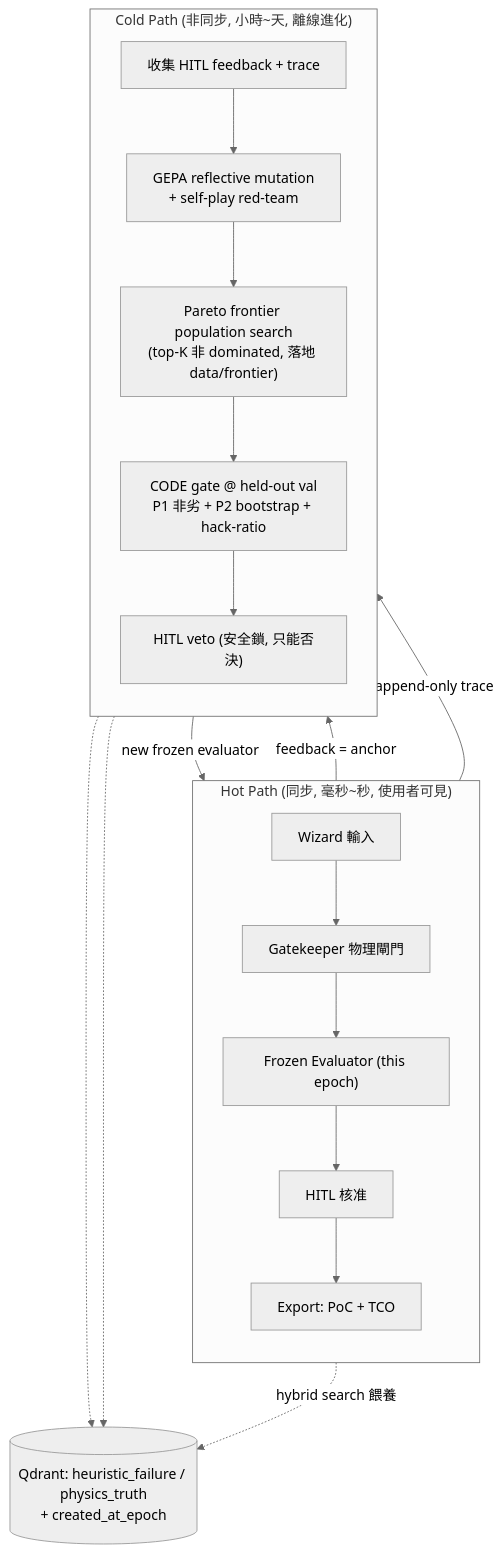
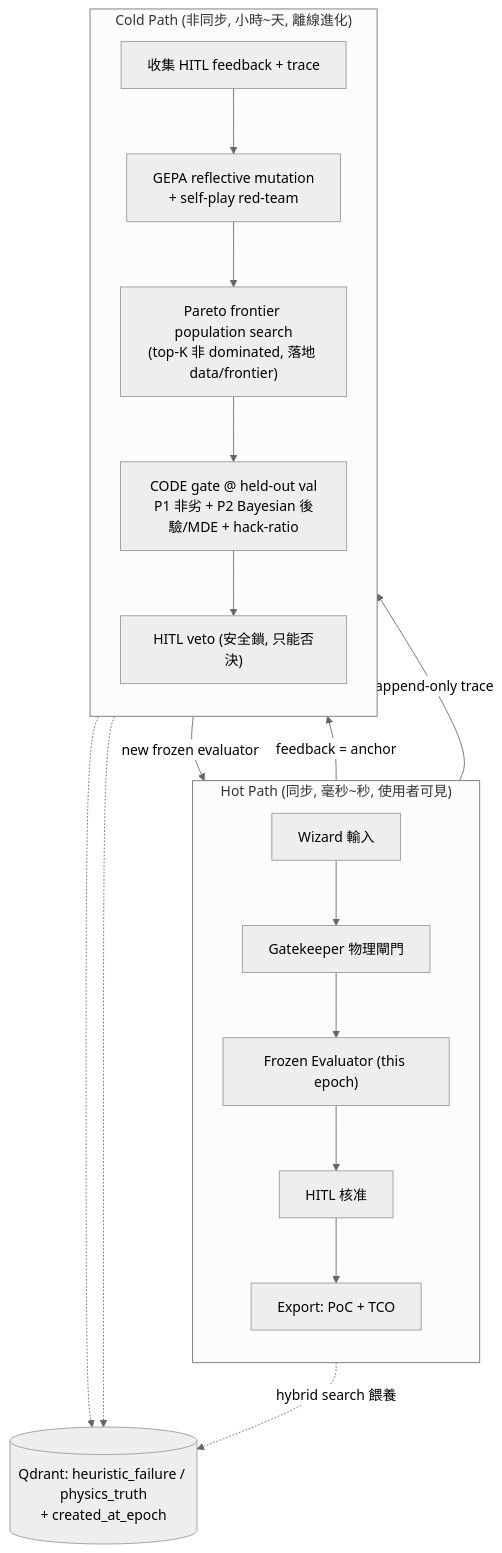
The second of 5 diagrams in docs/01-orchestration.md (iiyyll01lin/yy-rqgm), drawn with Mermaid (neutral theme) before and after one commit. The commit also changed other lines of this file and 6 other files, not shown here.

First line of the commit message:
docs: reconcile gate/report contract (Bayesian P2, 4-split, monitors)

````diff
--- a/docs/01-orchestration.md
+++ b/docs/01-orchestration.md
@@ -180,24 +180,24 @@
 ```mermaid
 flowchart TD
     subgraph HOT["Hot Path (同步, 毫秒~秒, 使用者可見)"]
         direction TB
         H1["Wizard 輸入"] --> H2["Gatekeeper 物理閘門"]
         H2 --> H3["Frozen Evaluator (this epoch)"]
         H3 --> H4["HITL 核准"]
         H4 --> H5["Export: PoC + TCO"]
     end
     subgraph COLD["Cold Path (非同步, 小時~天, 離線進化)"]
         direction TB
         C1["收集 HITL feedback + trace"] --> C2["GEPA reflective mutation<br/>+ self-play red-team"]
         C2 --> C3["Pareto frontier population search<br/>(top-K 非 dominated, 落地 data/frontier)"]
-        C3 --> C4["CODE gate @ held-out val<br/>P1 非劣 + P2 bootstrap + hack-ratio"]
+        C3 --> C4["CODE gate @ held-out val<br/>P1 非劣 + P2 Bayesian 後驗/MDE + hack-ratio"]
         C4 --> C5["HITL veto (安全鎖, 只能否決)"]
     end
     H4 -->|"feedback = anchor"| C1
     H5 -->|"append-only trace"| C1
     C5 -->|"new frozen evaluator"| H3
     MEM[("Qdrant: heuristic_failure / physics_truth<br/>+ created_at_epoch")]
     C1 -.-> MEM
     C3 -.-> MEM
     H3 -.->|"hybrid search 餵養"| MEM
 ```
````
